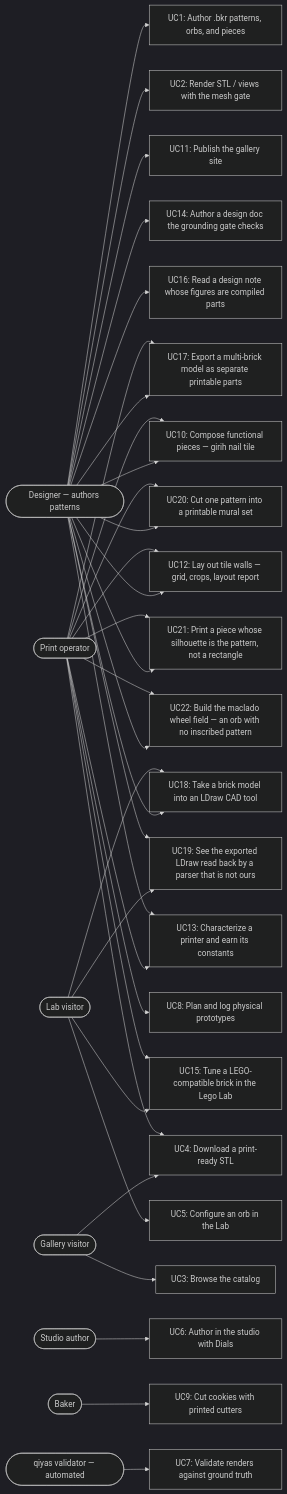
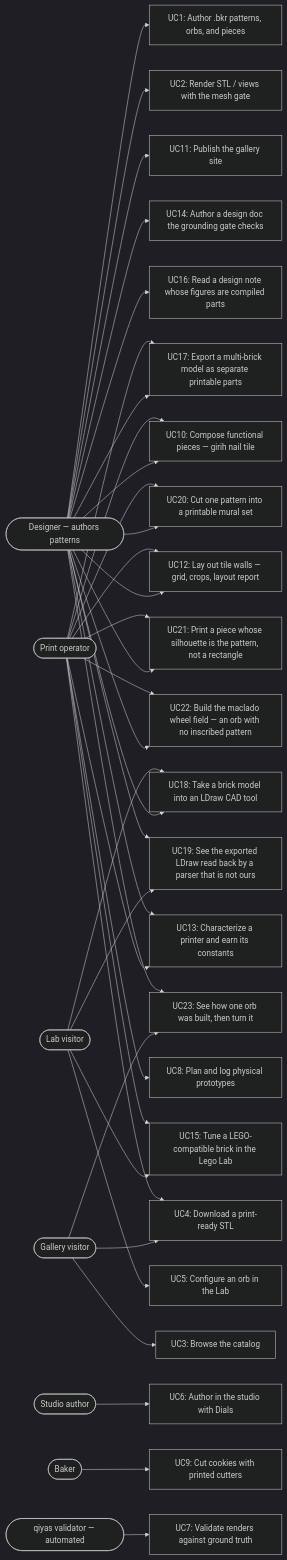
The diagram in .claude/skills/maintain-use-cases/use-cases.md (omars-lab/3d-models), drawn with Mermaid (dark theme) before and after one commit. The commit also changed other lines of this file and 4 other files, not shown here.

````diff
--- a/.claude/skills/maintain-use-cases/use-cases.md
+++ b/.claude/skills/maintain-use-cases/use-cases.md
@@ -37,44 +37,46 @@
 ```mermaid
 flowchart LR
   designer([Designer — authors patterns])
   visitor([Gallery visitor])
   labuser([Lab visitor])
   studiouser([Studio author])
   printop([Print operator])
   baker([Baker])
   validator([qiyas validator — automated])
 
   designer --> UC1[UC1: Author .bkr patterns, orbs, and pieces]
   designer --> UC2[UC2: Render STL / views with the mesh gate]
   designer --> UC10[UC10: Compose functional pieces — girih nail tile]
   designer --> UC11[UC11: Publish the gallery site]
   designer --> UC12[UC12: Lay out tile walls — grid, crops, layout report]
   designer --> UC14[UC14: Author a design doc the grounding gate checks]
   designer --> UC16[UC16: Read a design note whose figures are compiled parts]
   designer --> UC17[UC17: Export a multi-brick model as separate printable parts]
   printop --> UC17
   designer --> UC18[UC18: Take a brick model into an LDraw CAD tool]
   labuser --> UC18
   labuser --> UC19[UC19: See the exported LDraw read back by a parser that is not ours]
   designer --> UC19
   designer --> UC20[UC20: Cut one pattern into a printable mural set]
   printop --> UC20
   designer --> UC21[UC21: Print a piece whose silhouette is the pattern, not a rectangle]
   printop --> UC21
   designer --> UC22[UC22: Build the maclado wheel field — an orb with no inscribed pattern]
   printop --> UC22
+  visitor --> UC23[UC23: See how one orb was built, then turn it]
+  designer --> UC23
   visitor --> UC3[UC3: Browse the catalog]
   visitor --> UC4[UC4: Download a print-ready STL]
   labuser --> UC5[UC5: Configure an orb in the Lab]
   labuser --> UC15[UC15: Tune a LEGO-compatible brick in the Lego Lab]
   printop --> UC15
   studiouser --> UC6[UC6: Author in the studio with Dials]
   printop --> UC4
   printop --> UC8[UC8: Plan and log physical prototypes]
   printop --> UC10
   printop --> UC12
   printop --> UC13[UC13: Characterize a printer and earn its constants]
   designer --> UC13
   baker --> UC9[UC9: Cut cookies with printed cutters]
   validator --> UC7[UC7: Validate renders against ground truth]
 ```
````
